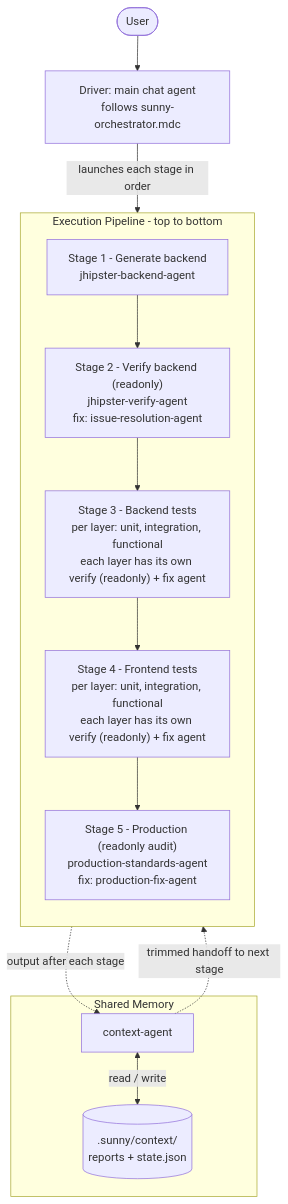
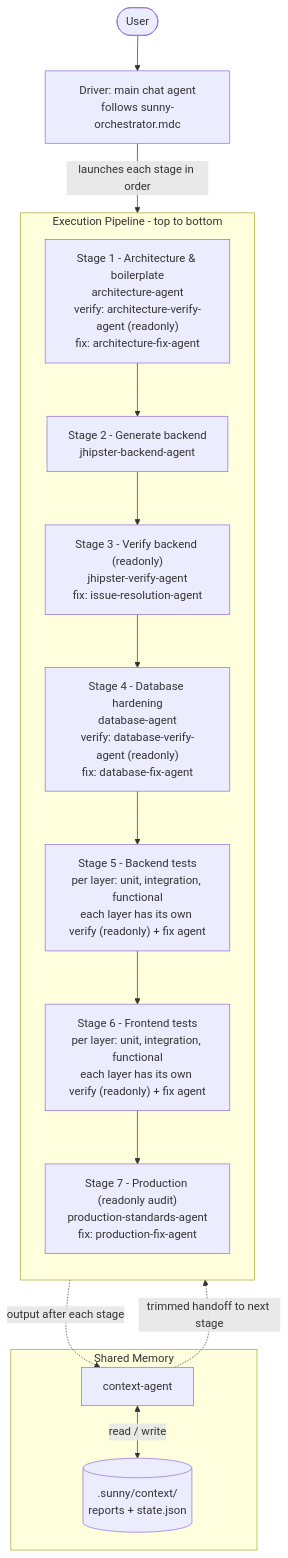
Before and after one commit to priyam-qo-box/agents: the first of 13 diagrams in .cursor/agents/ARCHITECTURE.md, drawn with Mermaid. The commit also changed other lines of this file and 11 other files, not shown here.

First line of the commit message:
Add architecture and database agents to enhance system design and integrity

````diff
--- a/.cursor/agents/ARCHITECTURE.md
+++ b/.cursor/agents/ARCHITECTURE.md
@@ -33,25 +36,27 @@
 ```mermaid
 flowchart TB
     User([User]) --> Driver["Driver: main chat agent<br/>follows sunny-orchestrator.mdc"]
 
     subgraph pipeline [Execution Pipeline - top to bottom]
         direction TB
-        S1["Stage 1 - Generate backend<br/>jhipster-backend-agent"]
-        S2["Stage 2 - Verify backend (readonly)<br/>jhipster-verify-agent<br/>fix: issue-resolution-agent"]
-        S3["Stage 3 - Backend tests<br/>per layer: unit, integration, functional<br/>each layer has its own verify (readonly) + fix agent"]
-        S4["Stage 4 - Frontend tests<br/>per layer: unit, integration, functional<br/>each layer has its own verify (readonly) + fix agent"]
-        S5["Stage 5 - Production (readonly audit)<br/>production-standards-agent<br/>fix: production-fix-agent"]
-        S1 --> S2 --> S3 --> S4 --> S5
+        S0["Stage 1 - Architecture & boilerplate<br/>architecture-agent<br/>verify: architecture-verify-agent (readonly)<br/>fix: architecture-fix-agent"]
+        S1["Stage 2 - Generate backend<br/>jhipster-backend-agent"]
+        S2["Stage 3 - Verify backend (readonly)<br/>jhipster-verify-agent<br/>fix: issue-resolution-agent"]
+        SD["Stage 4 - Database hardening<br/>database-agent<br/>verify: database-verify-agent (readonly)<br/>fix: database-fix-agent"]
+        S3["Stage 5 - Backend tests<br/>per layer: unit, integration, functional<br/>each layer has its own verify (readonly) + fix agent"]
+        S4["Stage 6 - Frontend tests<br/>per layer: unit, integration, functional<br/>each layer has its own verify (readonly) + fix agent"]
+        S5["Stage 7 - Production (readonly audit)<br/>production-standards-agent<br/>fix: production-fix-agent"]
+        S0 --> S1 --> S2 --> SD --> S3 --> S4 --> S5
     end
 
     Driver -->|launches each stage in order| pipeline
 
     subgraph memory [Shared Memory]
         Ctx["context-agent"]
         Store[(".sunny/context/<br/>reports + state.json")]
         Ctx <-->|read / write| Store
     end
 
     pipeline -.output after each stage.-> Ctx
     Ctx -.trimmed handoff to next stage.-> pipeline
 ```
````
